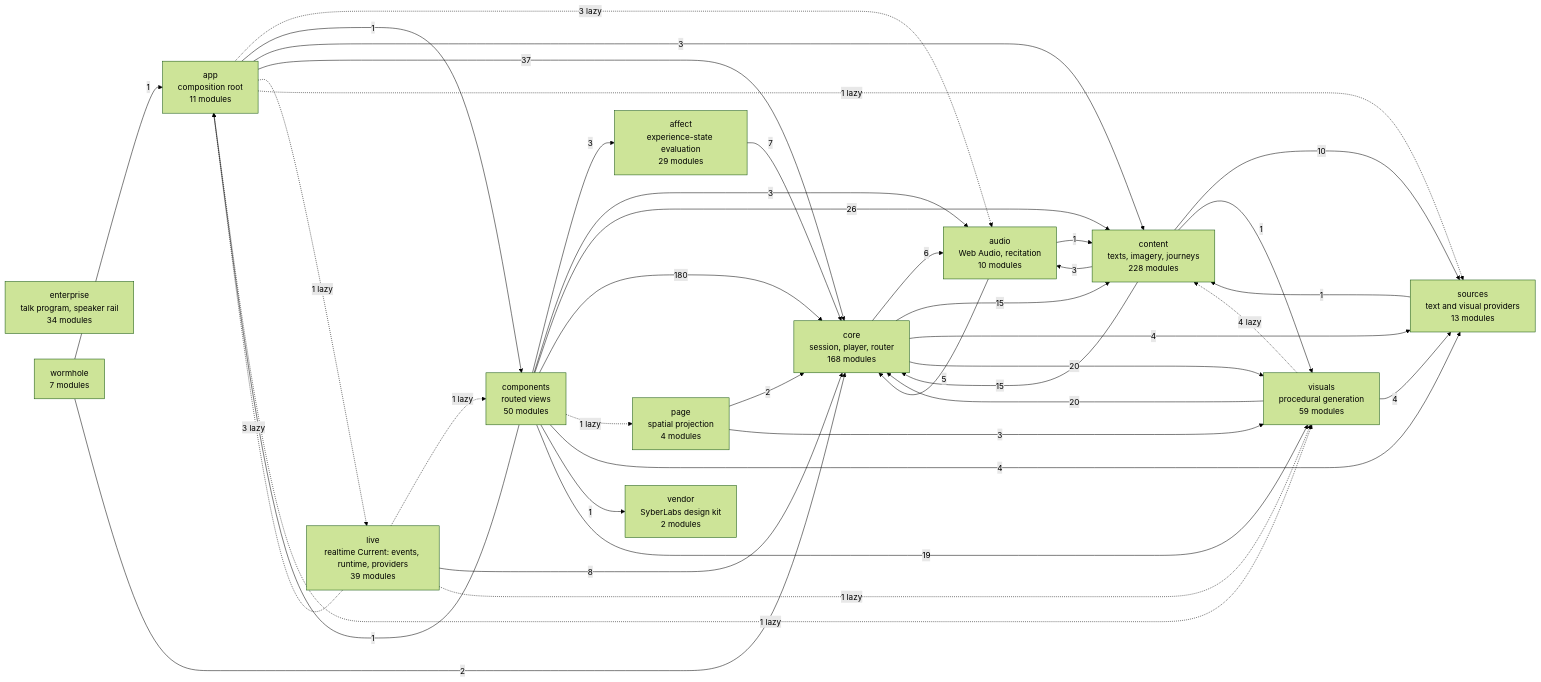
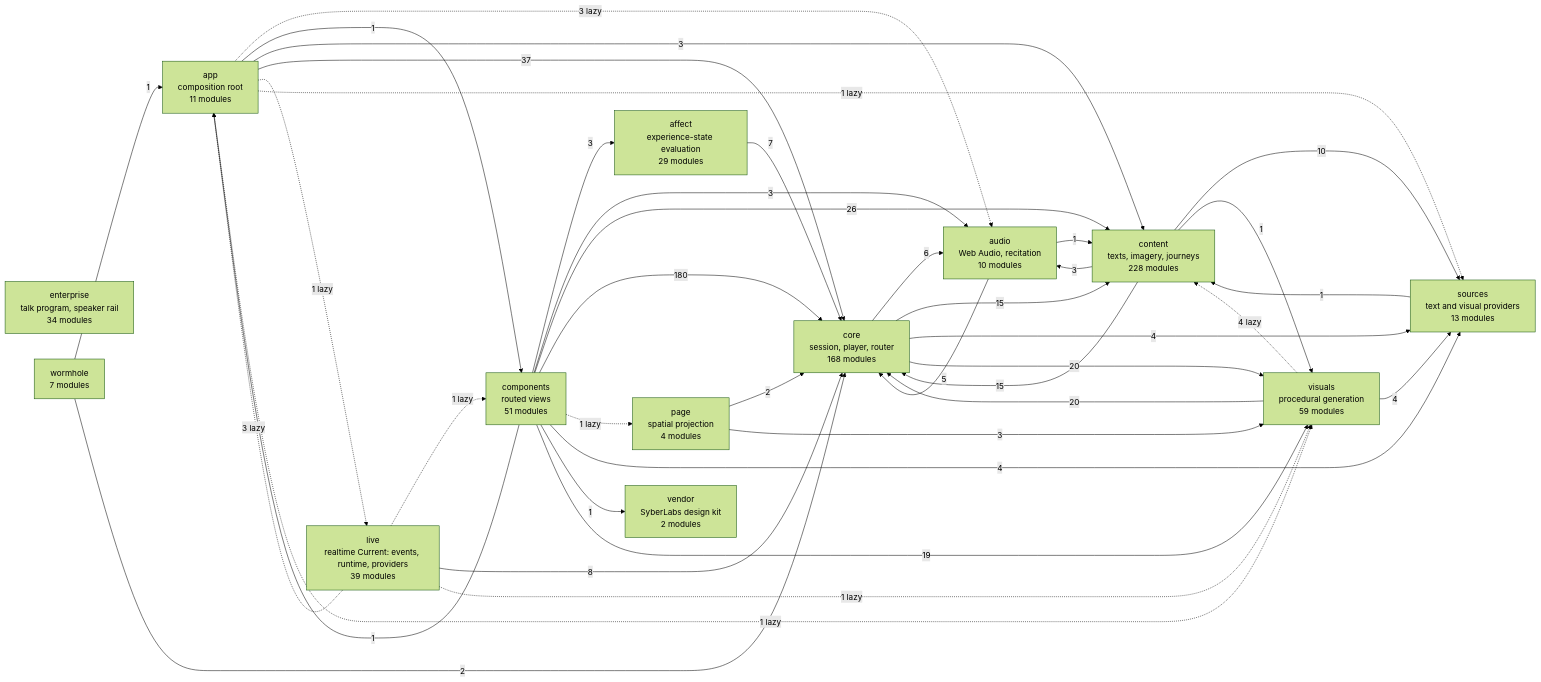
Before and after one commit to SyberLabs/RISE: the diagram in docs/specs/ARCHITECTURE.md, drawn with Mermaid (forest theme).

Commit message:
Regenerate the architecture diagram with the backdrop module

````diff
--- a/docs/specs/ARCHITECTURE.md
+++ b/docs/specs/ARCHITECTURE.md
@@ -160,56 +160,56 @@
 ```mermaid
 flowchart LR
     affect["affect<br/>experience-state evaluation<br/>29 modules"]
     app["app<br/>composition root<br/>11 modules"]
     audio["audio<br/>Web Audio, recitation<br/>10 modules"]
-    components["components<br/>routed views<br/>50 modules"]
+    components["components<br/>routed views<br/>51 modules"]
     content["content<br/>texts, imagery, journeys<br/>228 modules"]
     core["core<br/>session, player, router<br/>168 modules"]
     enterprise["enterprise<br/>talk program, speaker rail<br/>34 modules"]
     live["live<br/>realtime Current: events, runtime, providers<br/>39 modules"]
     page["page<br/>spatial projection<br/>4 modules"]
     sources["sources<br/>text and visual providers<br/>13 modules"]
     vendor["vendor<br/>SyberLabs design kit<br/>2 modules"]
     visuals["visuals<br/>procedural generation<br/>59 modules"]
     wormhole["wormhole<br/>7 modules"]
 
     affect --> |7| core
     app -.-> |3 lazy| audio
     app --> |1| components
     app --> |3| content
     app --> |37| core
     app -.-> |1 lazy| live
     app -.-> |1 lazy| sources
     app -.-> |1 lazy| visuals
     audio --> |1| content
     audio --> |5| core
     components --> |3| affect
     components --> |1| app
     components --> |3| audio
     components --> |26| content
     components --> |180| core
     components -.-> |1 lazy| page
     components --> |4| sources
     components --> |1| vendor
     components --> |19| visuals
     content --> |3| audio
     content --> |15| core
     content --> |10| sources
     content --> |1| visuals
     core --> |6| audio
     core --> |15| content
     core --> |4| sources
     core --> |20| visuals
     live -.-> |3 lazy| app
     live -.-> |1 lazy| components
     live --> |8| core
     live -.-> |1 lazy| visuals
     page --> |2| core
     page --> |3| visuals
     sources --> |1| content
     visuals -.-> |4 lazy| content
     visuals --> |20| core
     visuals --> |4| sources
     wormhole --> |1| app
     wormhole --> |2| core
 ```
````
